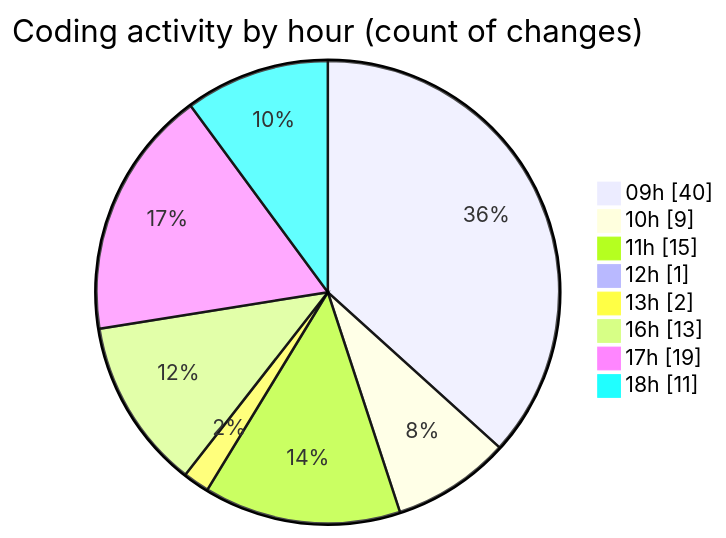
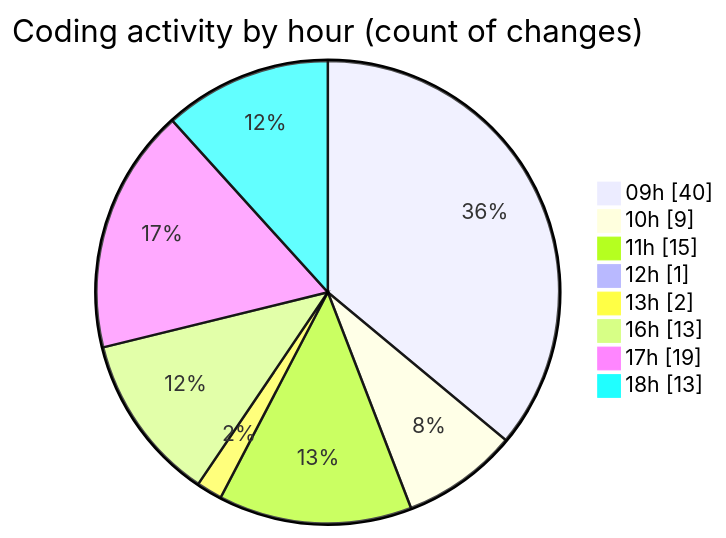
Before and after one commit to momahboobian/code-tracking: the second of 2 diagrams in 2026-06-15/cda/README.md, drawn with Mermaid. The commit also changed other lines of this file and 1 other file, not shown here.

````diff
--- a/2026-06-15/cda/README.md
+++ b/2026-06-15/cda/README.md
@@ -79,12 +79,12 @@
 ```mermaid
 pie showData
 title Coding activity by hour (count of changes)
 "09h" : 40
 "10h" : 9
 "11h" : 15
 "12h" : 1
 "13h" : 2
 "16h" : 13
 "17h" : 19
-"18h" : 11
+"18h" : 13
 ```
````
